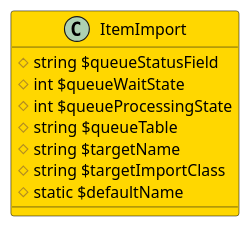
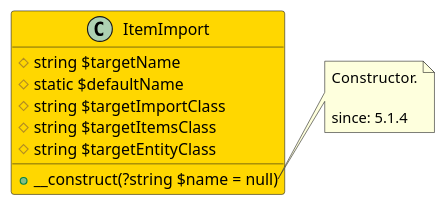
One commit to joomengine/super-powers changed the diagram in src/647316a5-eb42-4bec-82dd-ca0dc2861ad3/README.md. Above: the diagram before and after it, drawn with PlantUML. The commit also changed 115 other files, not shown here.

````diff
--- a/src/647316a5-eb42-4bec-82dd-ca0dc2861ad3/README.md
+++ b/src/647316a5-eb42-4bec-82dd-ca0dc2861ad3/README.md
@@ -6,15 +6,20 @@
 ```uml
 @startuml
 
 class ItemImport  #Gold {
-  # string $queueStatusField
-  # int $queueWaitState
-  # int $queueProcessingState
-  # string $queueTable
   # string $targetName
+  # static $defaultName
   # string $targetImportClass
-  # static $defaultName
+  # string $targetItemsClass
+  # string $targetEntityClass
+  + __construct(?string $name = null)
 }
+
+note right of ItemImport::__construct
+  Constructor.
+
+  since: 5.1.4
+end note
 
 @enduml
 ```
````
